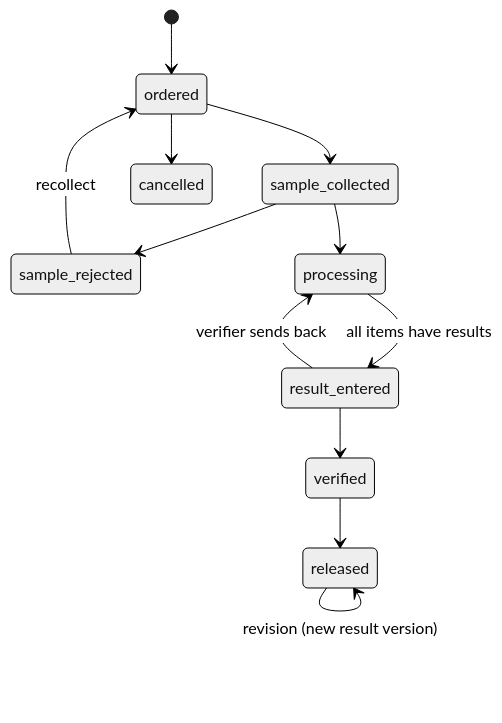
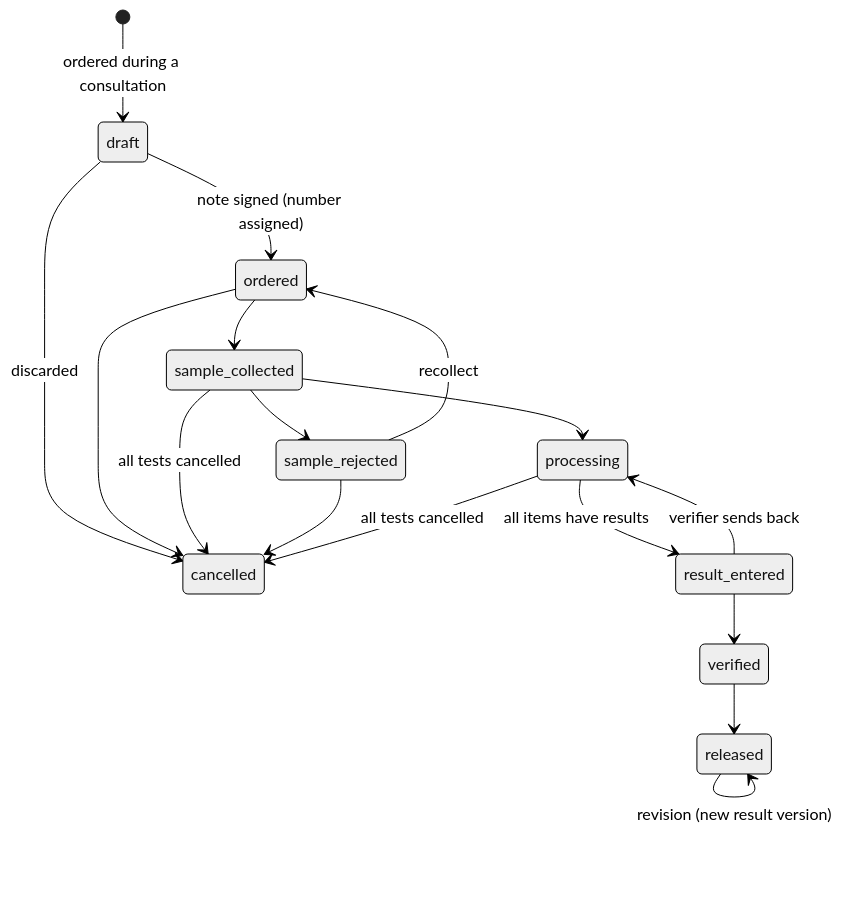
The sixth of 7 diagrams in docs/PROJECT_SPEC.md (VYom128/MedAssist), drawn with Mermaid (neutral theme) before and after one commit. The commit also changed other lines of this file and 7 other files, not shown here.

````diff
--- a/docs/PROJECT_SPEC.md
+++ b/docs/PROJECT_SPEC.md
@@ -481,14 +481,19 @@
 ```mermaid
 stateDiagram-v2
-  [*] --> ordered
+  [*] --> draft: ordered during a consultation
+  draft --> ordered: note signed (number assigned)
+  draft --> cancelled: discarded
   ordered --> sample_collected
   ordered --> cancelled
   sample_collected --> sample_rejected
+  sample_collected --> cancelled: all tests cancelled
   sample_rejected --> ordered: recollect
+  sample_rejected --> cancelled
   sample_collected --> processing
   processing --> result_entered: all items have results
+  processing --> cancelled: all tests cancelled
   result_entered --> processing: verifier sends back
   result_entered --> verified
   verified --> released
   released --> released: revision (new result version)
 ```
````
